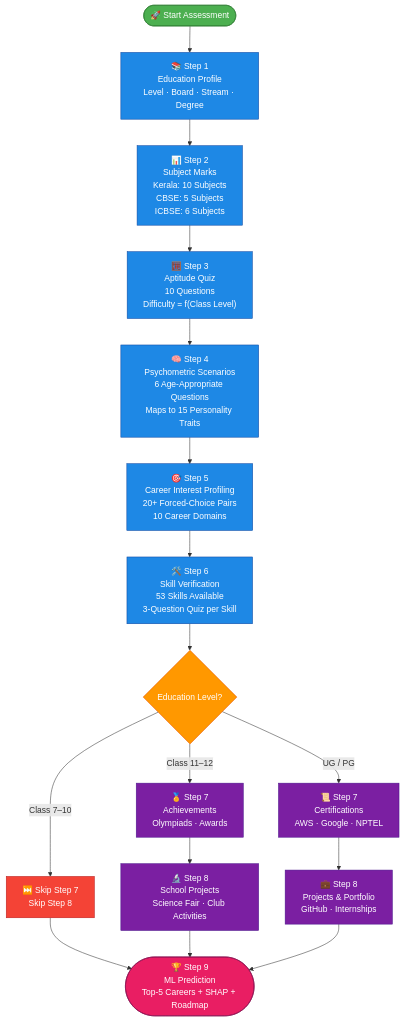
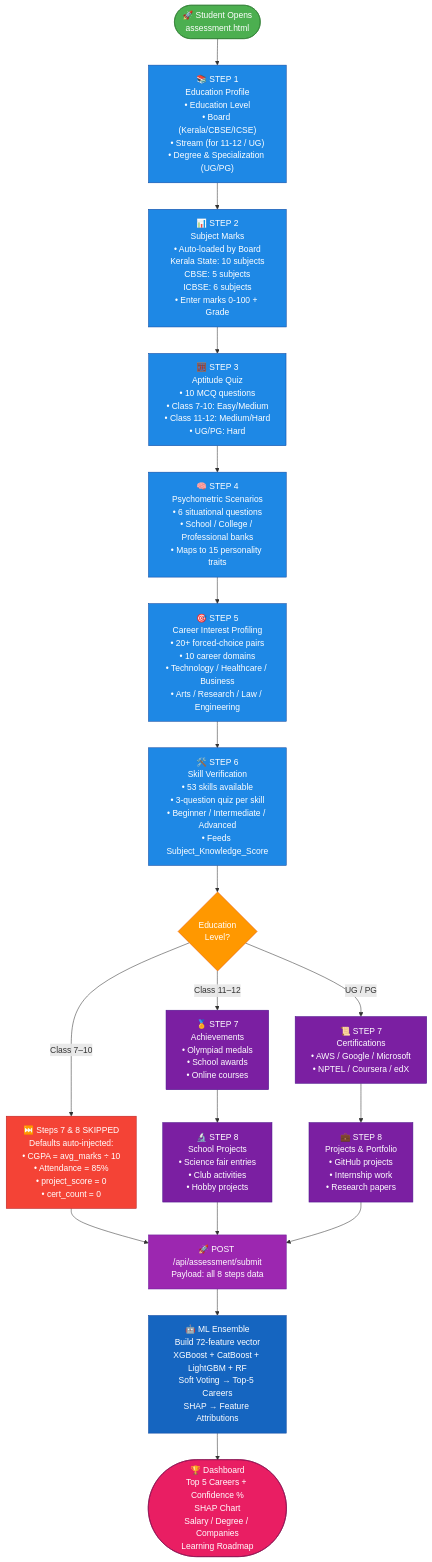
One commit to AMB-007/Personalized-Career-Recommendation-System-Using-Machine-Learning changed the second of 4 diagrams in README.md. Above: the diagram before and after it, drawn with Mermaid. The commit also changed other lines of this file, not shown here.

Commit message:
docs: comprehensive README with all pages, flows, schema, and admin panel

````diff
--- a/README.md
+++ b/README.md
@@ -146,46 +198,52 @@
 ```mermaid
 flowchart TD
-    S([🚀 Start Assessment]) --> S1
+    START(["🚀 Student Opens\nassessment.html"]) --> S1
 
-    S1["📚 Step 1\nEducation Profile\nLevel · Board · Stream · Degree"] --> S2
+    S1["📚 STEP 1\nEducation Profile\n• Education Level\n• Board (Kerala/CBSE/ICSE)\n• Stream (for 11-12 / UG)\n• Degree & Specialization (UG/PG)"] --> S2
 
-    S2["📊 Step 2\nSubject Marks\nKerala: 10 Subjects\nCBSE: 5 Subjects\nICBSE: 6 Subjects"] --> S3
+    S2["📊 STEP 2\nSubject Marks\n• Auto-loaded by Board\nKerala State: 10 subjects\nCBSE: 5 subjects\nICBSE: 6 subjects\n• Enter marks 0-100 + Grade"] --> S3
 
-    S3["🧮 Step 3\nAptitude Quiz\n10 Questions\nDifficulty = f(Class Level)"] --> S4
+    S3["🧮 STEP 3\nAptitude Quiz\n• 10 MCQ questions\n• Class 7-10: Easy/Medium\n• Class 11-12: Medium/Hard\n• UG/PG: Hard"] --> S4
 
-    S4["🧠 Step 4\nPsychometric Scenarios\n6 Age-Appropriate Questions\nMaps to 15 Personality Traits"] --> S5
+    S4["🧠 STEP 4\nPsychometric Scenarios\n• 6 situational questions\n• School / College / Professional banks\n• Maps to 15 personality traits"] --> S5
 
-    S5["🎯 Step 5\nCareer Interest Profiling\n20+ Forced-Choice Pairs\n10 Career Domains"] --> S6
+    S5["🎯 STEP 5\nCareer Interest Profiling\n• 20+ forced-choice pairs\n• 10 career domains\n• Technology / Healthcare / Business\n• Arts / Research / Law / Engineering"] --> S6
 
-    S6["🛠️ Step 6\nSkill Verification\n53 Skills Available\n3-Question Quiz per Skill"] --> CHECK
+    S6["🛠️ STEP 6\nSkill Verification\n• 53 skills available\n• 3-question quiz per skill\n• Beginner / Intermediate / Advanced\n• Feeds Subject_Knowledge_Score"] --> BRANCH
 
-    CHECK{Education Level?}
+    BRANCH{Education\nLevel?}
 
-    CHECK -->|Class 7–10| SKIP7["⏭️ Skip Step 7\nSkip Step 8"]
-    CHECK -->|Class 11–12| S7A["🏅 Step 7\nAchievements\nOlympiads · Awards"]
-    CHECK -->|UG / PG| S7B["📜 Step 7\nCertifications\nAWS · Google · NPTEL"]
+    BRANCH -->|"Class 7–10"| SKIP["⏭️ Steps 7 & 8 SKIPPED\nDefaults auto-injected:\n• CGPA = avg_marks ÷ 10\n• Attendance = 85%\n• project_score = 0\n• cert_count = 0"]
+    BRANCH -->|"Class 11–12"| S7A["🏅 STEP 7\nAchievements\n• Olympiad medals\n• School awards\n• Online courses"]
+    BRANCH -->|"UG / PG"| S7B["📜 STEP 7\nCertifications\n• AWS / Google / Microsoft\n• NPTEL / Coursera / edX"]
 
-    SKIP7 --> S9
-    S7A --> S8A["🔬 Step 8\nSchool Projects\nScience Fair · Club Activities"]
-    S7B --> S8B["💼 Step 8\nProjects & Portfolio\nGitHub · Internships"]
+    SKIP --> SUBMIT
+    S7A --> S8A["🔬 STEP 8\nSchool Projects\n• Science fair entries\n• Club activities\n• Hobby projects"]
+    S7B --> S8B["💼 STEP 8\nProjects & Portfolio\n• GitHub projects\n• Internship work\n• Research papers"]
 
-    S8A --> S9
-    S8B --> S9
+    S8A --> SUBMIT
+    S8B --> SUBMIT
 
-    S9(["🏆 Step 9\nML Prediction\nTop-5 Careers + SHAP + Roadmap"])
+    SUBMIT["🚀 POST /api/assessment/submit\nPayload: all 8 steps data"] --> ML
 
-    style S fill:#4CAF50,color:white,stroke:#2E7D32
-    style S9 fill:#E91E63,color:white,stroke:#880E4F
-    style CHECK fill:#FF9800,color:white,stroke:#E65100
-    style SKIP7 fill:#F44336,color:white,stroke:#B71C1C
+    ML["🤖 ML Ensemble\nBuild 72-feature vector\nXGBoost + CatBoost + LightGBM + RF\nSoft Voting → Top-5 Careers\nSHAP → Feature Attributions"] --> RESULT
+
+    RESULT(["🏆 Dashboard\nTop 5 Careers + Confidence %\nSHAP Chart\nSalary / Degree / Companies\nLearning Roadmap"])
+
+    style START fill:#4CAF50,color:white,stroke:#2E7D32
+    style RESULT fill:#E91E63,color:white,stroke:#880E4F
+    style BRANCH fill:#FF9800,color:white,stroke:#E65100
+    style SKIP fill:#F44336,color:white,stroke:#B71C1C
+    style SUBMIT fill:#9C27B0,color:white,stroke:#6A1B9A
+    style ML fill:#1565C0,color:white,stroke:#0D47A1
     style S1 fill:#1E88E5,color:white,stroke:#0D47A1
     style S2 fill:#1E88E5,color:white,stroke:#0D47A1
     style S3 fill:#1E88E5,color:white,stroke:#0D47A1
     style S4 fill:#1E88E5,color:white,stroke:#0D47A1
     style S5 fill:#1E88E5,color:white,stroke:#0D47A1
     style S6 fill:#1E88E5,color:white,stroke:#0D47A1
     style S7A fill:#7B1FA2,color:white,stroke:#4A148C
     style S7B fill:#7B1FA2,color:white,stroke:#4A148C
     style S8A fill:#7B1FA2,color:white,stroke:#4A148C
     style S8B fill:#7B1FA2,color:white,stroke:#4A148C
 ```
````
